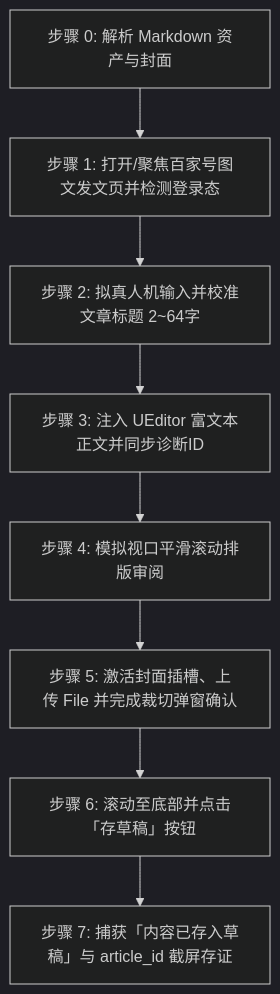
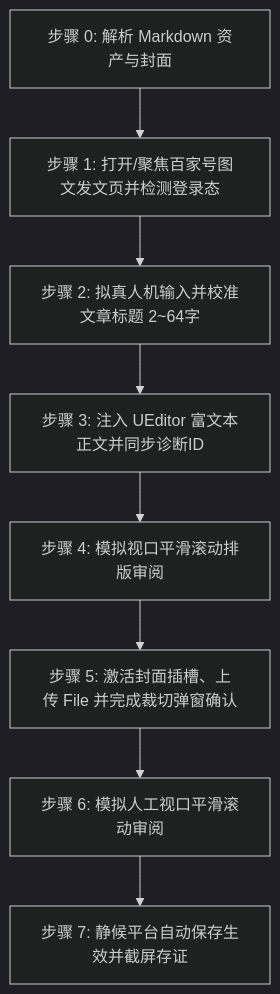
One commit to undsky/doudou-publish-skills changed the diagram in skills/doudou-baijia/SKILL.md. Above: the diagram before and after it, drawn with Mermaid (dark theme). The commit also changed other lines of this file and 24 other files, not shown here.

````diff
--- a/skills/doudou-baijia/SKILL.md
+++ b/skills/doudou-baijia/SKILL.md
@@ -44,10 +45,10 @@
 ```mermaid
 flowchart TD
     S0[步骤 0: 解析 Markdown 资产与封面] --> S1[步骤 1: 打开/聚焦百家号图文发文页并检测登录态]
     S1 --> S2[步骤 2: 拟真人机输入并校准文章标题 2~64字]
     S2 --> S3[步骤 3: 注入 UEditor 富文本正文并同步诊断ID]
     S3 --> S4[步骤 4: 模拟视口平滑滚动排版审阅]
     S4 --> S5[步骤 5: 激活封面插槽、上传 File 并完成裁切弹窗确认]
-    S5 --> S6[步骤 6: 滚动至底部并点击「存草稿」按钮]
-    S6 --> S7[步骤 7: 捕获「内容已存入草稿」与 article_id 截屏存证]
+    S5 --> S6[步骤 6: 模拟人工视口平滑滚动审阅]
+    S6 --> S7[步骤 7: 静候平台自动保存生效并截屏存证]
 ```
````
